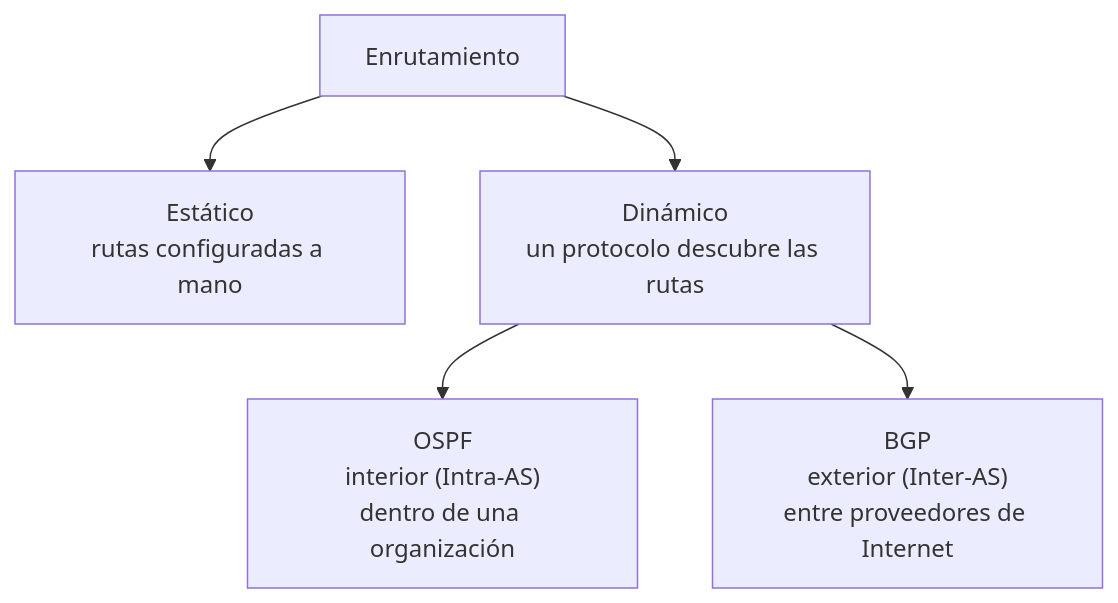
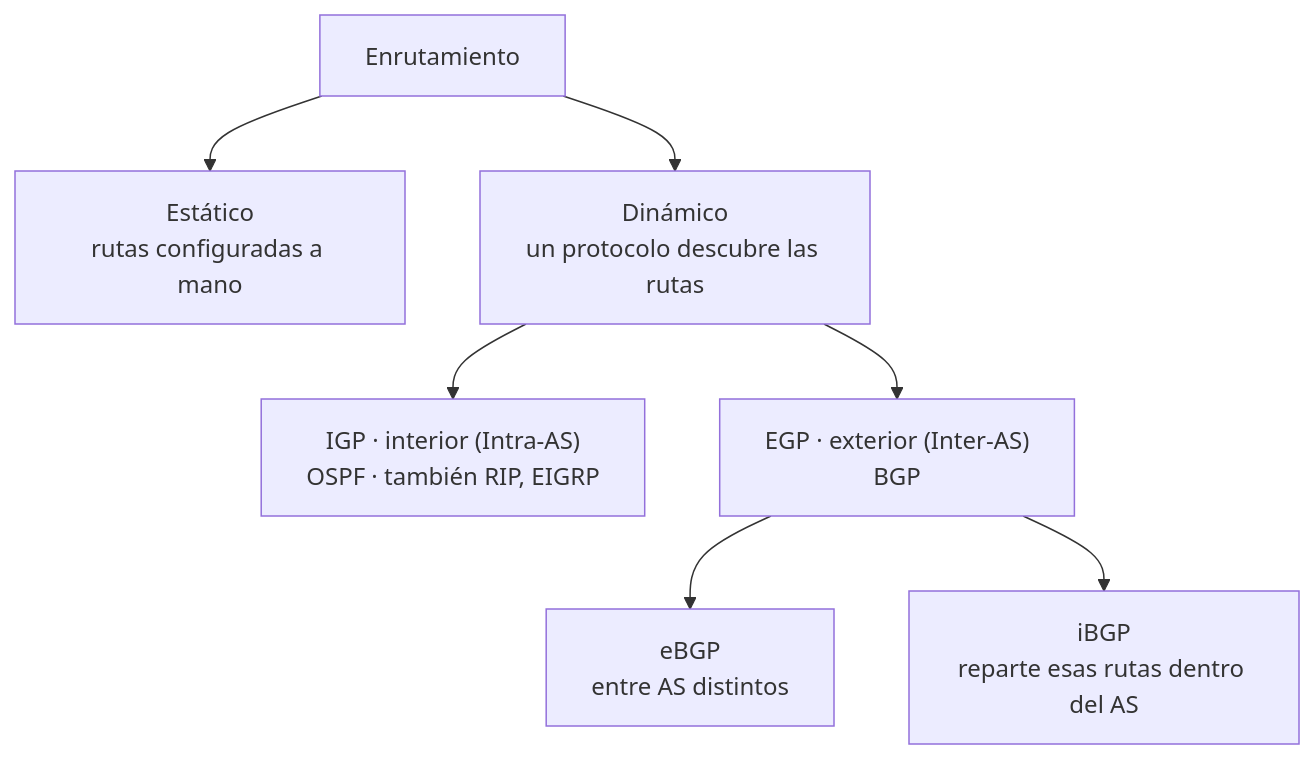
Before and after one commit to totogr/Tomas-Goncalves-Rei: the first of 3 diagrams in Materias/Redes/Guías de estudio/09 - Enrutamiento estático y dinámico (BGP y OSPF).md, drawn with Mermaid. The commit also changed other lines of this file and 6 other files, not shown here.

Commit message:
Sumar PPTs Redes clase #9 (IP, AS, BGP/OSPF) y #10 (Capa 4 TCP/UDP), completar guias 08, 09 y 11

````diff
--- a/Materias/Redes/Guías de estudio/09 - Enrutamiento estático y dinámico (BGP y OSPF).md
+++ b/Materias/Redes/Guías de estudio/09 - Enrutamiento estático y dinámico (BGP y OSPF).md
@@ -30,7 +32,9 @@
 ```mermaid
 flowchart TD
     A["Enrutamiento"] --> B["Estático<br/>rutas configuradas a mano"]
     A --> C["Dinámico<br/>un protocolo descubre las rutas"]
-    C --> D["OSPF<br/>interior (Intra-AS)<br/>dentro de una organización"]
-    C --> E["BGP<br/>exterior (Inter-AS)<br/>entre proveedores de Internet"]
+    C --> D["IGP · interior (Intra-AS)<br/>OSPF · también RIP, EIGRP"]
+    C --> E["EGP · exterior (Inter-AS)<br/>BGP"]
+    E --> F["eBGP<br/>entre AS distintos"]
+    E --> G["iBGP<br/>reparte esas rutas dentro del AS"]
 ```
````
